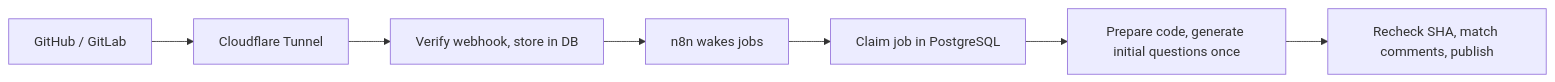
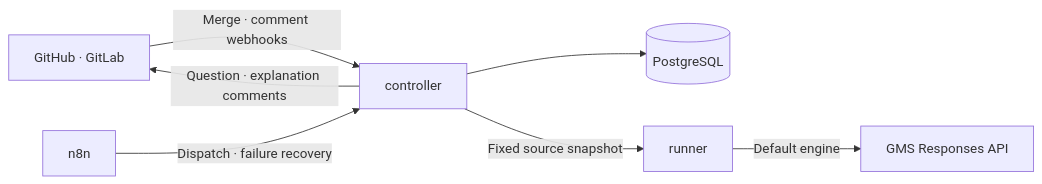
One commit to thisis-joe/codereviewbot changed the diagram in README.en.md. Above: the diagram before and after it, drawn with Mermaid. The commit also changed other lines of this file and 1 other file, not shown here.

Commit message:
docs: rewrite Korean and English README around GMS learning flow

````diff
--- a/README.en.md
+++ b/README.en.md
@@ -44,9 +170,9 @@
 ```mermaid
 flowchart LR
-  Git[GitHub / GitLab] --> Tunnel[Cloudflare Tunnel]
-  Tunnel --> API[Verify webhook, store in DB]
-  API --> N8N[n8n wakes jobs]
-  N8N --> Queue[Claim job in PostgreSQL]
-  Queue --> Questions[Prepare code, generate initial questions once]
-  Questions --> Publish[Recheck SHA, match comments, publish]
+    Git[GitHub · GitLab] -->|Merge · comment webhooks| Controller[controller]
+    Controller --> DB[(PostgreSQL)]
+    N8N[n8n] -->|Dispatch · failure recovery| Controller
+    Controller -->|Fixed source snapshot| Runner[runner]
+    Runner -->|Default engine| GMS[GMS Responses API]
+    Controller -->|Question · explanation comments| Git
 ```
````
